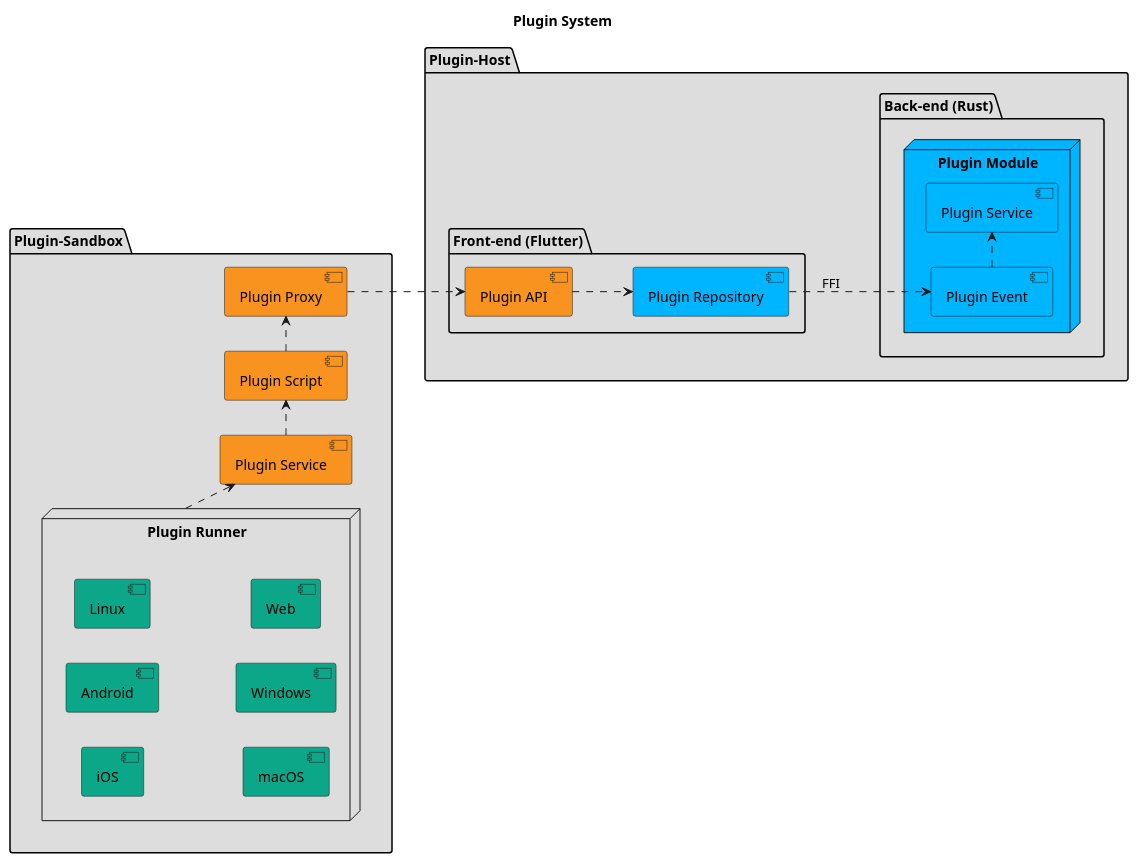
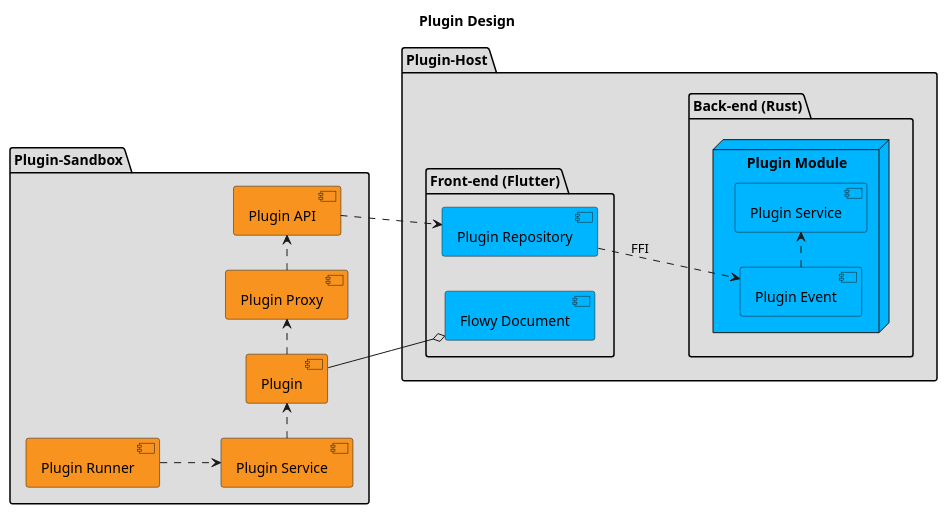
Before and after one commit to AppFlowy-IO/AppFlowy-Docs: the first of 5 diagrams in uml/dart_flowy_sdk/flowy_plugin.plantuml, drawn with PlantUML. The commit also changed other lines of this file and 4 other files, not shown here.

Commit message:
feat: add plugin diagram

```diff
--- a/uml/dart_flowy_sdk/flowy_plugin.plantuml
+++ b/uml/dart_flowy_sdk/flowy_plugin.plantuml
@@ -1,42 +1,37 @@
-@startuml
-title Plugin System
+@startuml AppFlowy
+title Plugin Design
 left to right direction
 skinparam linetype polyline
 
 package "Plugin-Sandbox"  #DDDDDD {
-    component [Plugin Script] as plugin_script #F7931E
+    component [Plugin API] as plugin_api #F7931E
     component [Plugin Proxy] as plugin_proxy #F7931E
     component [Plugin Service] as plugin_service #F7931E
-
-    node "Plugin Runner" as plugin_runner {
-       component [iOS] #0CA789
-       component [Android] #0CA789
-       component [Linux] #0CA789
-       component [macOS] #0CA789
-       component [Windows] #0CA789
-       component [Web] #0CA789
-    }
+    component [Plugin Runner] as plugin_runner #F7931E
+    component [Plugin] as plugin #F7931E
 }
 
 package Plugin-Host #DDDDDD {
     package "Front-end (Flutter)" {
-        component [Plugin API] as plugin_api #F7931E
         component [Plugin Repository] as plugin_repo #00B5FF
+        component [Flowy Document] as document #00B5FF
     }
 
     package "Back-end (Rust)" {
         node "Plugin Module" as plugin_module #00B5FF {
             component [Plugin Event] as plugin_event #00B5FF
             component [Plugin Service] as plugin_rust_service #00B5FF
         }
     }
 }
 
 plugin_runner ..> plugin_service
-plugin_service .> plugin_script
-plugin_script .> plugin_proxy
-plugin_proxy ..> plugin_api
+plugin_service .> plugin
+plugin .> plugin_proxy
+plugin_proxy .> plugin_api
 plugin_api ..> plugin_repo
 plugin_repo ..> plugin_event : FFI
 plugin_event .> plugin_rust_service
+
+plugin --o document
 @enduml
```
